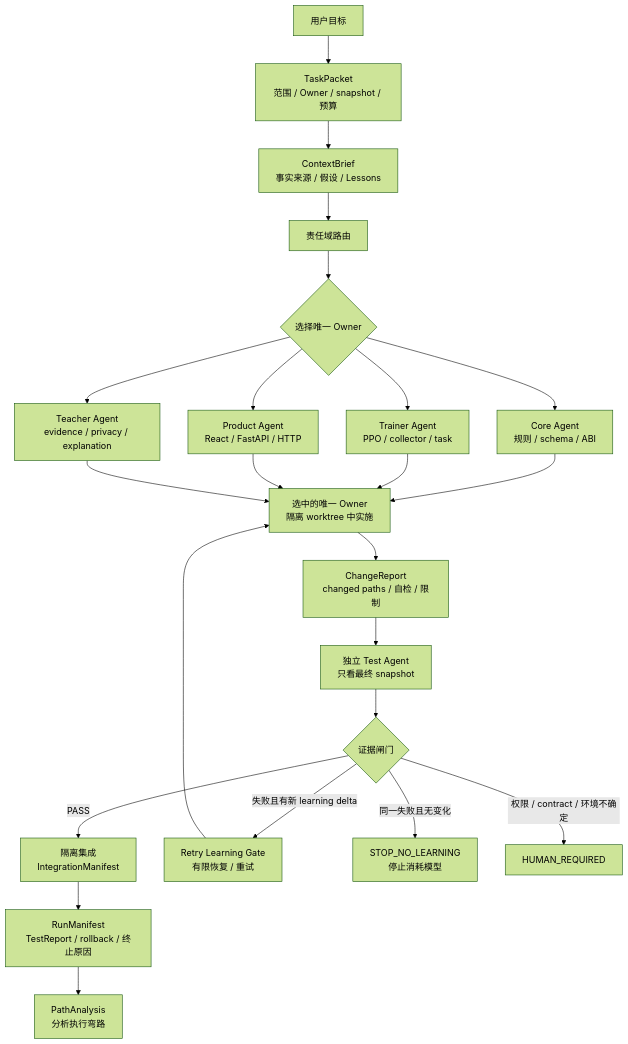
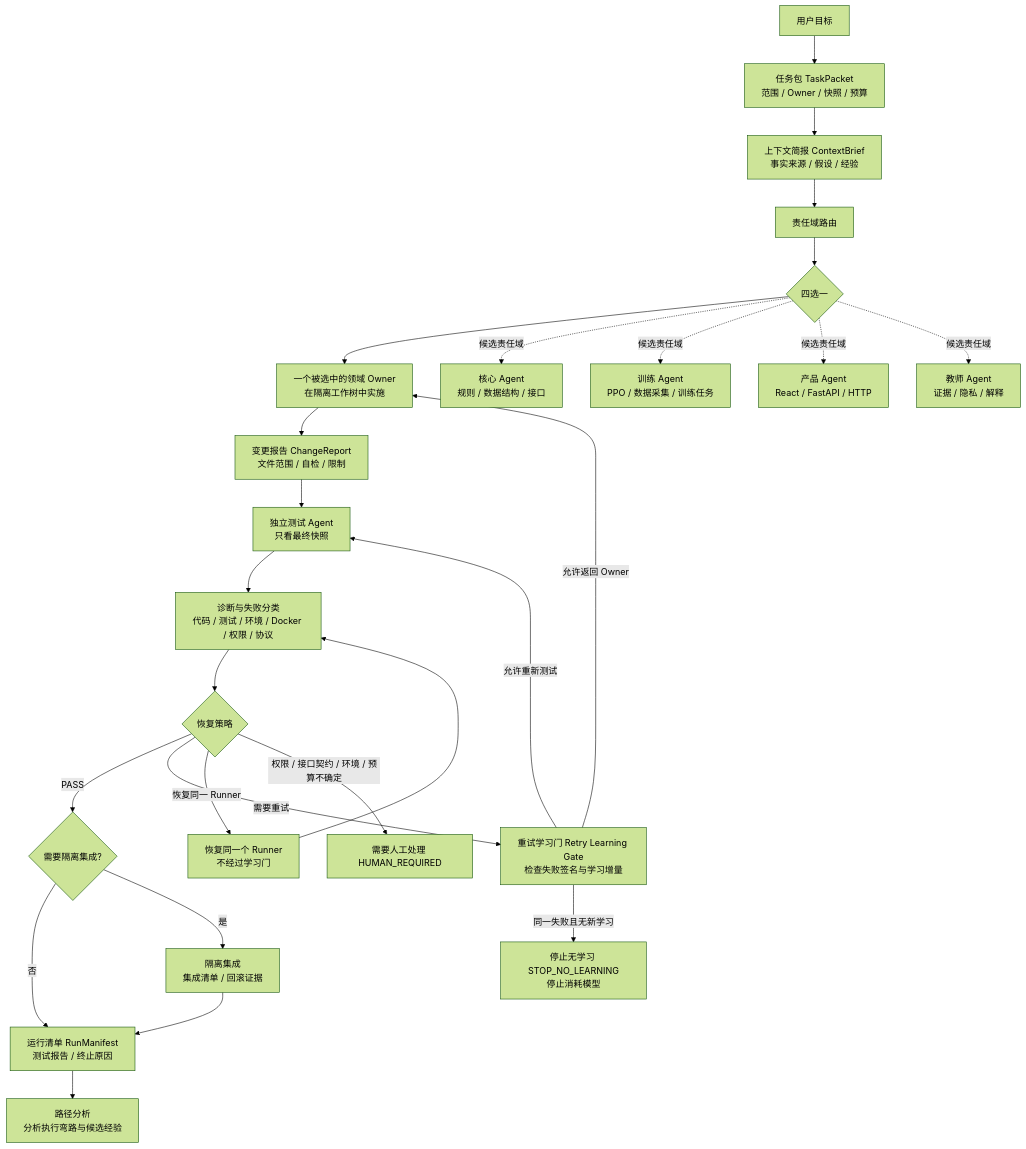
One commit to c1335872304/gwent-agent-loop changed the first of 3 diagrams in README.md. Above: the diagram before and after it, drawn with Mermaid (forest theme). The commit also changed other lines of this file and 4 other files, not shown here.

````diff
--- a/README.md
+++ b/README.md
@@ -27,25 +27,30 @@
 ```mermaid
 flowchart TB
-    U[用户目标] --> P[TaskPacket<br/>范围 / Owner / snapshot / 预算]
-    P --> C[ContextBrief<br/>事实来源 / 假设 / Lessons]
+    U[用户目标] --> P[任务包 TaskPacket<br/>范围 / Owner / 快照 / 预算]
+    P --> C[上下文简报 ContextBrief<br/>事实来源 / 假设 / 经验]
     C --> R[责任域路由]
-    R --> A{选择唯一 Owner}
-    A --> CA[Core Agent<br/>规则 / schema / ABI]
-    A --> TA[Trainer Agent<br/>PPO / collector / task]
-    A --> PA[Product Agent<br/>React / FastAPI / HTTP]
-    A --> TEA[Teacher Agent<br/>evidence / privacy / explanation]
-    CA --> O[选中的唯一 Owner<br/>隔离 worktree 中实施]
-    TA --> O
-    PA --> O
-    TEA --> O
-    O --> CR[ChangeReport<br/>changed paths / 自检 / 限制]
-    CR --> T[独立 Test Agent<br/>只看最终 snapshot]
-    T --> G{证据闸门}
-    G -->|PASS| I[隔离集成<br/>IntegrationManifest]
-    G -->|失败且有新 learning delta| RG[Retry Learning Gate<br/>有限恢复 / 重试]
-    RG --> O
-    G -->|同一失败且无变化| S[STOP_NO_LEARNING<br/>停止消耗模型]
-    G -->|权限 / contract / 环境不确定| H[HUMAN_REQUIRED]
-    I --> M[RunManifest<br/>TestReport / rollback / 终止原因]
-    M --> E[PathAnalysis<br/>分析执行弯路]
+    R --> A{四选一}
+    A --> O[一个被选中的领域 Owner<br/>在隔离工作树中实施]
+    O --> CR[变更报告 ChangeReport<br/>文件范围 / 自检 / 限制]
+    CR --> T[独立测试 Agent<br/>只看最终快照]
+    T --> D[诊断与失败分类<br/>代码 / 测试 / 环境 / Docker / 权限 / 协议]
+    D --> RP{恢复策略}
+
+    A -. 候选责任域 .-> CA[核心 Agent<br/>规则 / 数据结构 / 接口]
+    A -. 候选责任域 .-> TA[训练 Agent<br/>PPO / 数据采集 / 训练任务]
+    A -. 候选责任域 .-> PA[产品 Agent<br/>React / FastAPI / HTTP]
+    A -. 候选责任域 .-> TEA[教师 Agent<br/>证据 / 隐私 / 解释]
+
+    RP -->|PASS| Q{需要隔离集成?}
+    Q -->|否| M[运行清单 RunManifest<br/>测试报告 / 终止原因]
+    Q -->|是| I[隔离集成<br/>集成清单 / 回滚证据]
+    I --> M
+    RP -->|需要重试| LG[重试学习门 Retry Learning Gate<br/>检查失败签名与学习增量]
+    LG -->|允许返回 Owner| O
+    LG -->|允许重新测试| T
+    LG -->|同一失败且无新学习| S[停止无学习 STOP_NO_LEARNING<br/>停止消耗模型]
+    RP -->|恢复同一 Runner| RR[恢复同一个 Runner<br/>不经过学习门]
+    RR --> D
+    RP -->|权限 / 接口契约 / 环境 / 预算不确定| H[需要人工处理 HUMAN_REQUIRED]
+    M --> E[路径分析<br/>分析执行弯路与候选经验]
 ```
````
